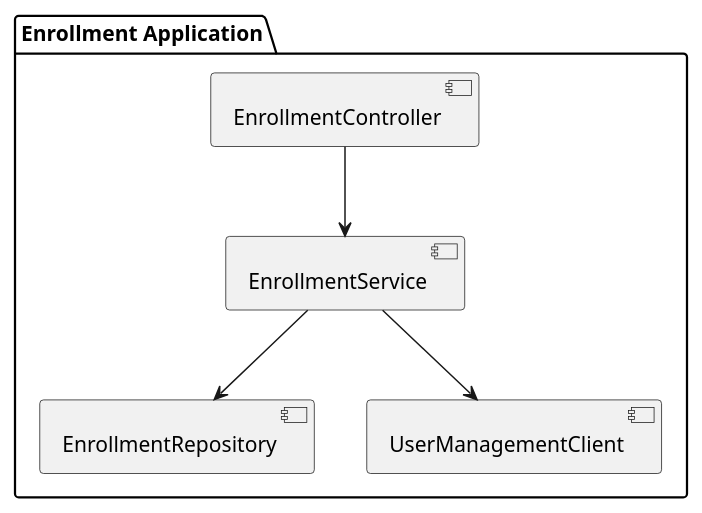
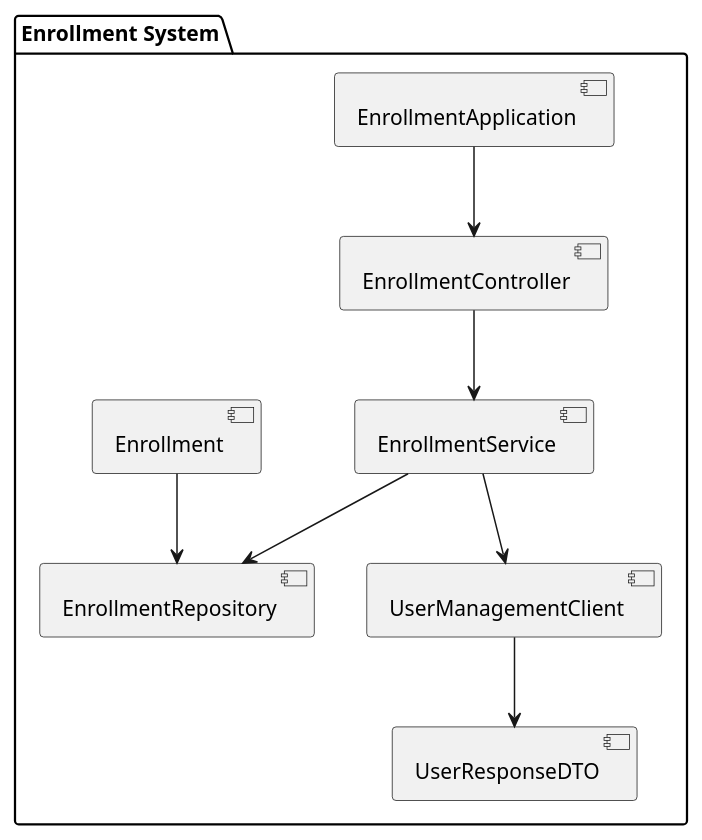
One commit to Dinesh-s95/AutoDoc.ai changed the diagram in enrollment/documentation/architecturedesign.adoc. Above: the diagram before and after it, drawn with PlantUML. The commit also changed other lines of this file and 16 other files, not shown here.

```diff
--- a/enrollment/documentation/architecturedesign.adoc
+++ b/enrollment/documentation/architecturedesign.adoc
@@ -7,15 +7,21 @@
 [plantuml, system_architecture]
 ----
 @startuml
-package "Enrollment Application" {
+package "Enrollment System" {
+  [EnrollmentApplication]
   [EnrollmentController]
   [EnrollmentService]
   [EnrollmentRepository]
   [UserManagementClient]
+  [Enrollment]
+  [UserResponseDTO]
+
+  [EnrollmentApplication] --> [EnrollmentController]
+  [EnrollmentController] --> [EnrollmentService]
+  [EnrollmentService] --> [EnrollmentRepository]
+  [EnrollmentService] --> [UserManagementClient]
+  [UserManagementClient] --> [UserResponseDTO]
+  [Enrollment] --> [EnrollmentRepository]
 }
-
-[EnrollmentController] --> [EnrollmentService]
-[EnrollmentService] --> [EnrollmentRepository]
-[EnrollmentService] --> [UserManagementClient]
 @enduml
 ----
```
